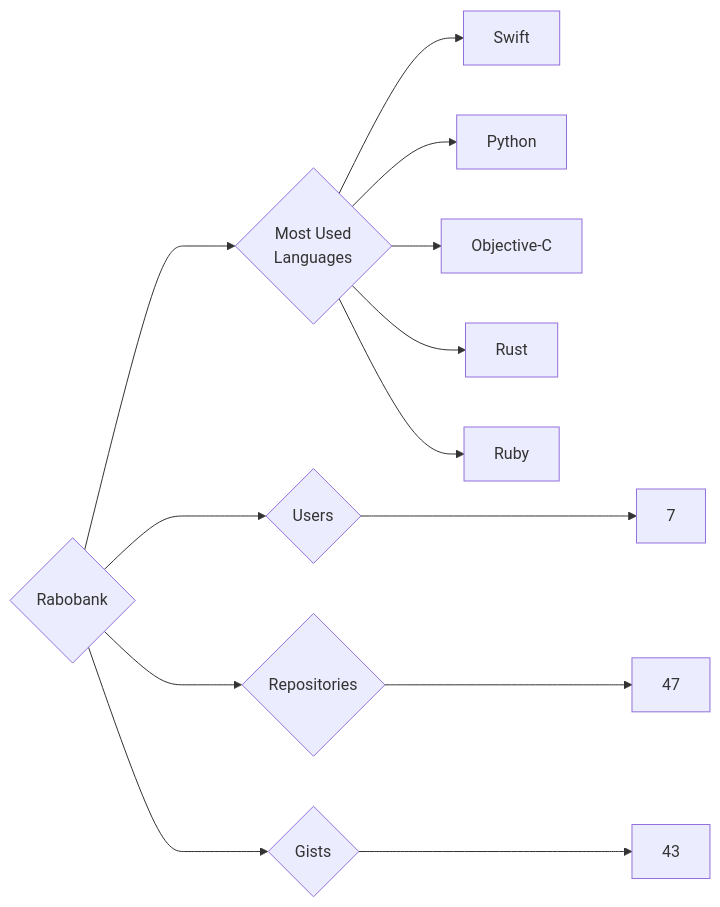
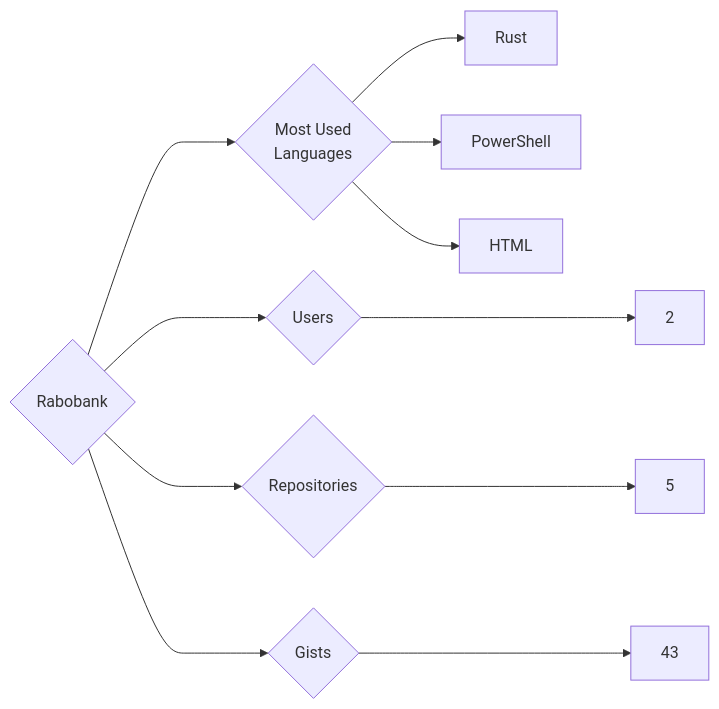
Before and after one commit to trickest/insiders: the diagram in targets/Rabobank/README.md, drawn with Mermaid. The commit also changed 1248 other files, not shown here.

````diff
--- a/targets/Rabobank/README.md
+++ b/targets/Rabobank/README.md
@@ -3,13 +3,11 @@
 ```mermaid
 graph LR
 COMPANY_NAME{Rabobank}
-COMPANY_NAME ---> U{Users} ---> UN[7]
-COMPANY_NAME ---> R{Repositories} ---> RN[47]
+COMPANY_NAME ---> U{Users} ---> UN[2]
+COMPANY_NAME ---> R{Repositories} ---> RN[5]
 COMPANY_NAME ---> G{Gists} ---> GN[43]
 COMPANY_NAME ---> ML{Most Used<br>Languages}
-ML --> Swift[Swift]
-ML --> Python[Python]
-ML --> Objective-C[Objective-C]
 ML --> Rust[Rust]
-ML --> Ruby[Ruby]
+ML --> PowerShell[PowerShell]
+ML --> HTML[HTML]
 ```
````
